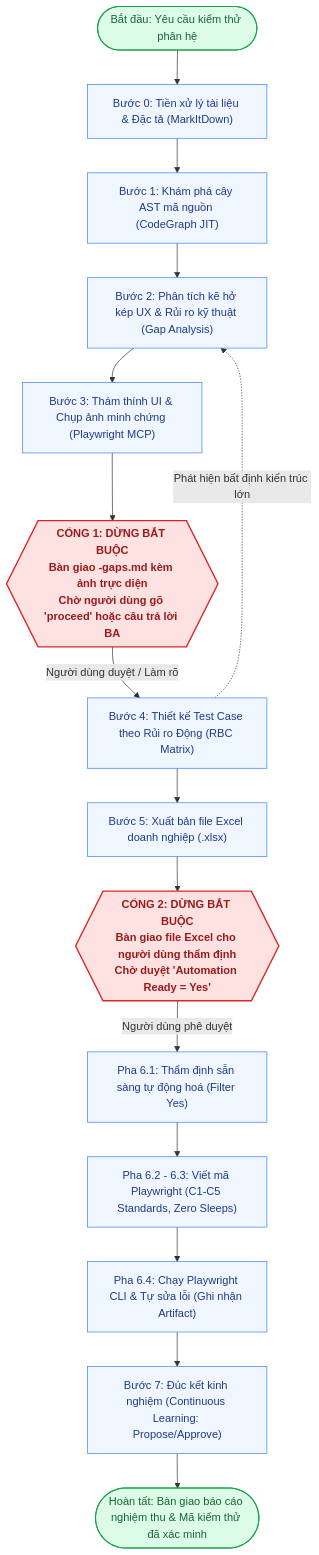
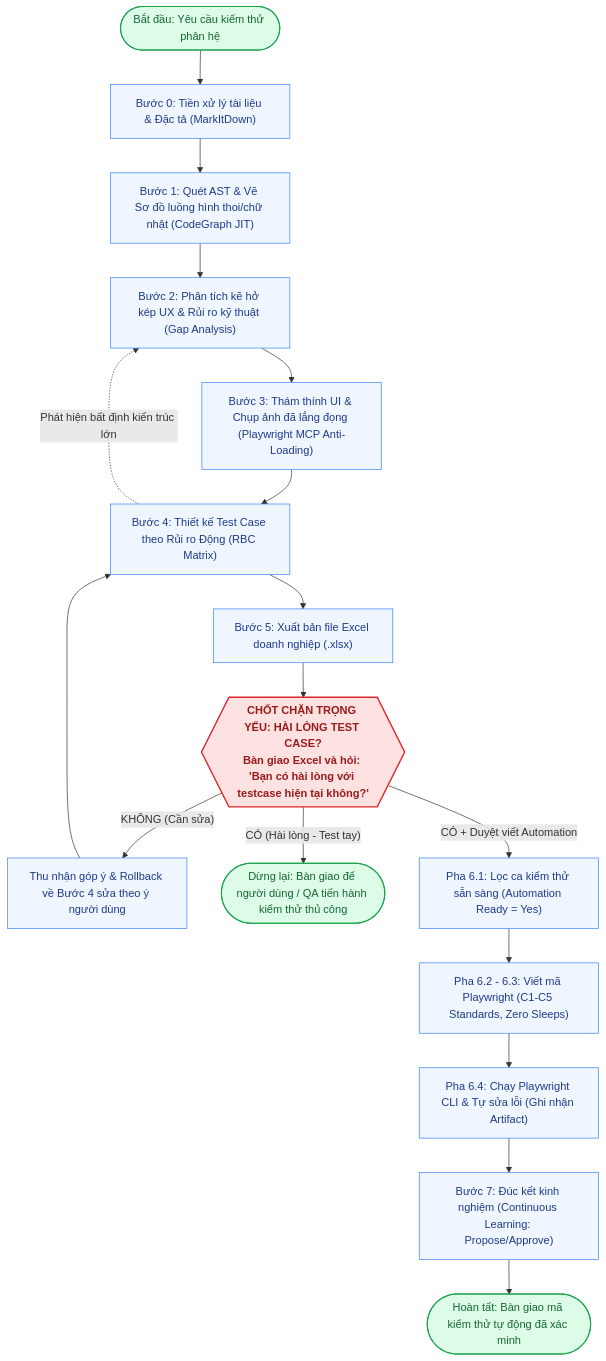
One commit to Dang-nhut-tan/QA-skill changed the diagram in README.md. Above: the diagram before and after it, drawn with Mermaid. The commit also changed other lines of this file and 6 other files, not shown here.

Commit message:
feat(skills): enforce anti-loading screenshot protocol, mandate Mermaid flowchart in module context, and streamline testcase satisfaction gate

````diff
--- a/README.md
+++ b/README.md
@@ -71,28 +73,32 @@
 ```mermaid
 flowchart TD
     Start(["Bắt đầu: Yêu cầu kiểm thử phân hệ"]) --> S0["Bước 0: Tiền xử lý tài liệu & Đặc tả (MarkItDown)"]
-    S0 --> S1["Bước 1: Khám phá cây AST mã nguồn (CodeGraph JIT)"]
+    S0 --> S1["Bước 1: Quét AST & Vẽ Sơ đồ luồng hình thoi/chữ nhật (CodeGraph JIT)"]
     S1 --> S2["Bước 2: Phân tích kẽ hở kép UX & Rủi ro kỹ thuật (Gap Analysis)"]
-    S2 --> S3["Bước 3: Thám thính UI & Chụp ảnh minh chứng (Playwright MCP)"]
+    S2 --> S3["Bước 3: Thám thính UI & Chụp ảnh đã lắng đọng (Playwright MCP Anti-Loading)"]
     
-    S3 --> Gate1{{"CỔNG 1: DỪNG BẮT BUỘC\nBàn giao <module>-gaps.md kèm ảnh trực diện\nChờ người dùng gõ 'proceed' hoặc câu trả lời BA"}}
-    
-    Gate1 -- "Người dùng duyệt / Làm rõ" --> S4["Bước 4: Thiết kế Test Case theo Rủi ro Động (RBC Matrix)"]
+    S3 --> S4["Bước 4: Thiết kế Test Case theo Rủi ro Động (RBC Matrix)"]
     S4 -. "Phát hiện bất định kiến trúc lớn" .-> S2
     S4 --> S5["Bước 5: Xuất bản file Excel doanh nghiệp (.xlsx)"]
     
-    S5 --> Gate2{{"CỔNG 2: DỪNG BẮT BUỘC\nBàn giao file Excel cho người dùng thẩm định\nChờ duyệt 'Automation Ready = Yes'"}}
+    S5 --> GateReview{{"CHỐT CHẶN TRỌNG YẾU: HÀI LÒNG TEST CASE?
+Bàn giao Excel và hỏi: 'Bạn có hài lòng với testcase hiện tại không?'"}}
     
-    Gate2 -- "Người dùng phê duyệt" --> S61["Pha 6.1: Thẩm định sẵn sàng tự động hoá (Filter Yes)"]
+    GateReview -- "KHÔNG (Cần sửa)" --> FixLoop["Thu nhận góp ý & Rollback về Bước 4 sửa theo ý người dùng"]
+    FixLoop --> S4
+    
+    GateReview -- "CÓ (Hài lòng - Test tay)" --> WaitManual(["Dừng lại: Bàn giao để người dùng / QA tiến hành kiểm thử thủ công"])
+    
+    GateReview -- "CÓ + Duyệt viết Automation" --> S61["Pha 6.1: Lọc ca kiểm thử sẵn sàng (Automation Ready = Yes)"]
     S61 --> S62["Pha 6.2 - 6.3: Viết mã Playwright (C1-C5 Standards, Zero Sleeps)"]
     S62 --> S64["Pha 6.4: Chạy Playwright CLI & Tự sửa lỗi (Ghi nhận Artifact)"]
     S64 --> S7["Bước 7: Đúc kết kinh nghiệm (Continuous Learning: Propose/Approve)"]
-    S7 --> EndNode(["Hoàn tất: Bàn giao báo cáo nghiệm thu & Mã kiểm thử đã xác minh"])
+    S7 --> EndNode(["Hoàn tất: Bàn giao mã kiểm thử tự động đã xác minh"])
 
     classDef stop fill:#FEE2E2,stroke:#DC2626,stroke-width:2px,color:#991B1B,font-weight:bold;
     classDef step fill:#EFF6FF,stroke:#3B82F6,stroke-width:1px,color:#1E3A8A;
     classDef done fill:#DCFCE7,stroke:#16A34A,stroke-width:1.5px,color:#166534;
-    class Gate1,Gate2 stop;
-    class S0,S1,S2,S3,S4,S5,S61,S62,S64,S7 step;
-    class Start,EndNode done;
+    class GateReview stop;
+    class S0,S1,S2,S3,S4,S5,FixLoop,S61,S62,S64,S7 step;
+    class Start,WaitManual,EndNode done;
 ```
````
